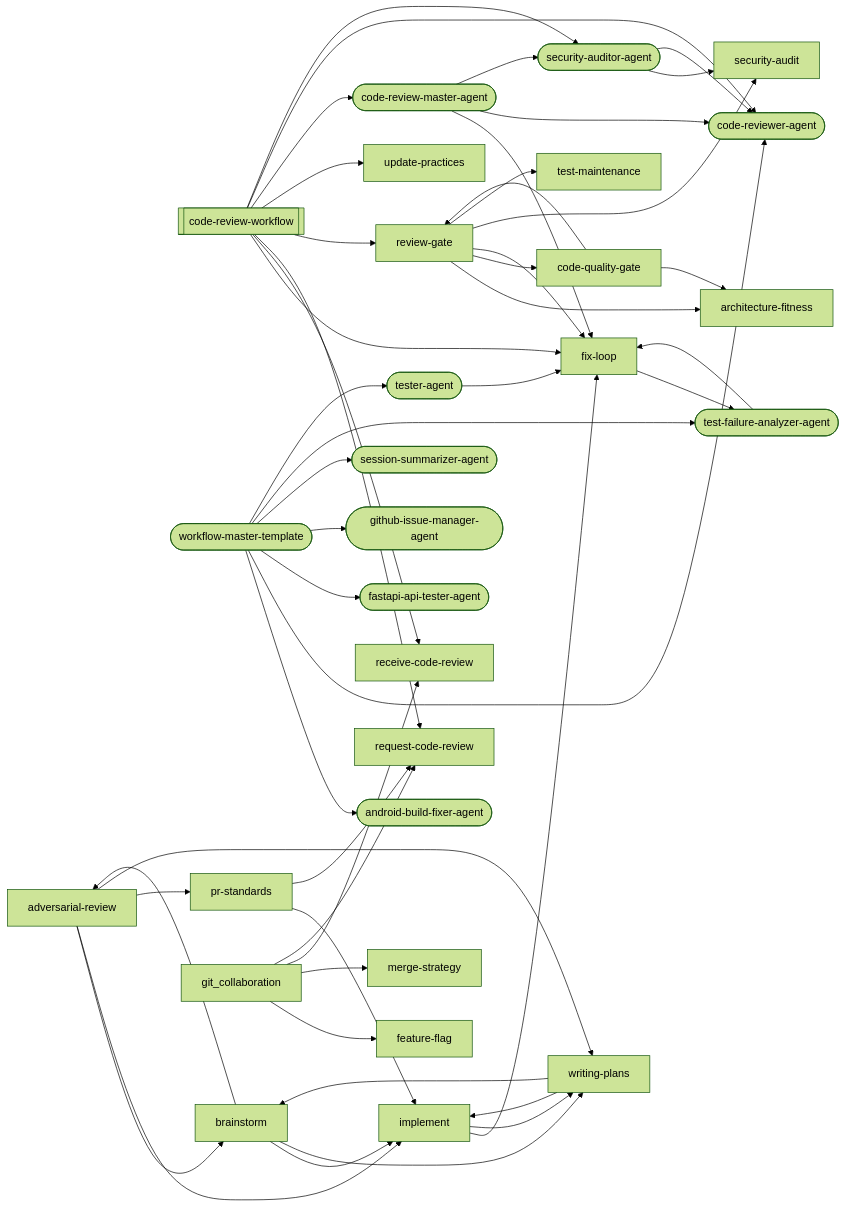
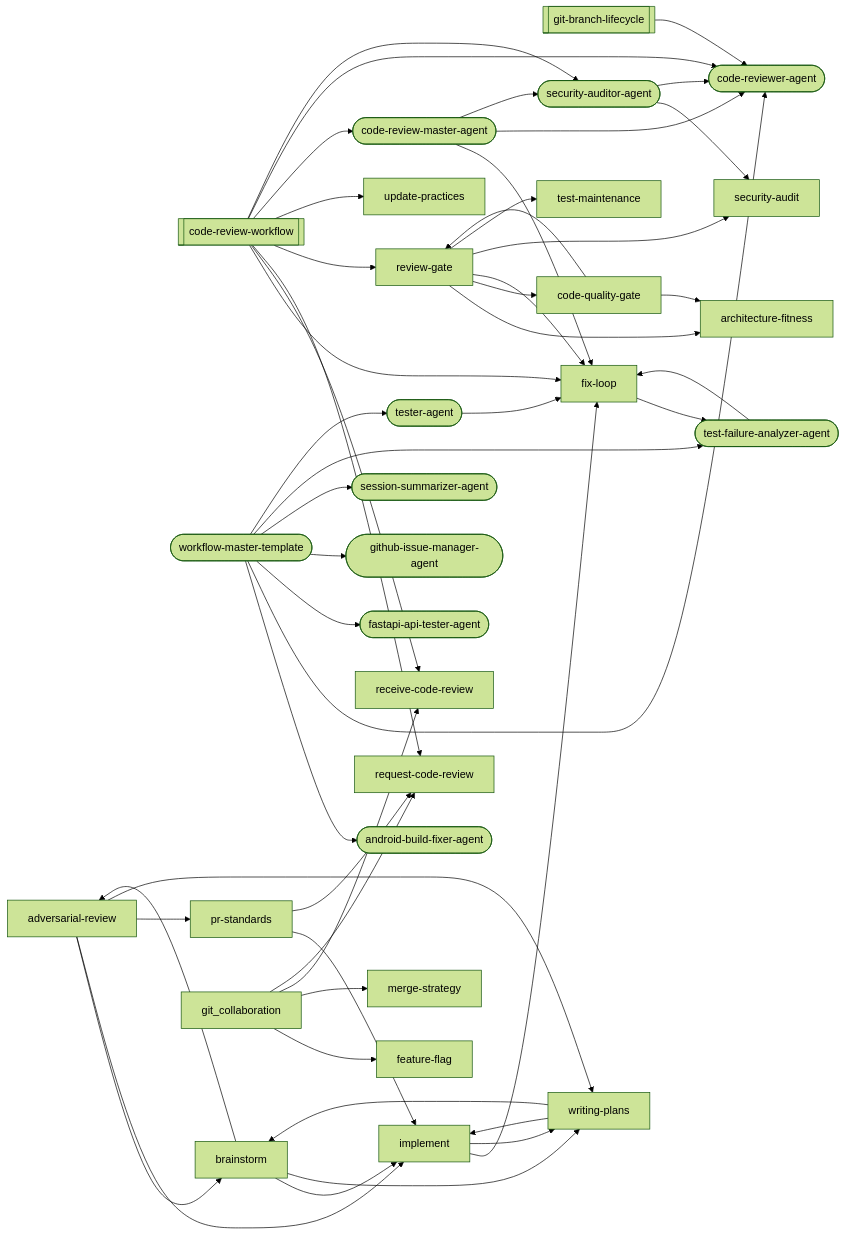
Before and after one commit to abhayla/claude-best-practices: the third of 22 diagrams in docs/workflows/code-review.md, drawn with Mermaid (forest theme). The commit also changed other lines of this file and 23 other files, not shown here.

````diff
--- a/docs/workflows/code-review.md
+++ b/docs/workflows/code-review.md
@@ -540,77 +557,79 @@
 ```mermaid
 graph LR
     code_review_workflow[["code-review-workflow"]]
+    git_branch_lifecycle[["git-branch-lifecycle"]]
     workflow_master_template(["workflow-master-template"])
     adversarial_review["adversarial-review"]
     android_build_fixer_agent(["android-build-fixer-agent"])
     architecture_fitness["architecture-fitness"]
     brainstorm["brainstorm"]
     code_quality_gate["code-quality-gate"]
     code_review_master_agent(["code-review-master-agent"])
     code_reviewer_agent(["code-reviewer-agent"])
     fastapi_api_tester_agent(["fastapi-api-tester-agent"])
     feature_flag["feature-flag"]
     fix_loop["fix-loop"]
     github_issue_manager_agent(["github-issue-manager-agent"])
     implement["implement"]
     merge_strategy["merge-strategy"]
     pr_standards["pr-standards"]
     receive_code_review["receive-code-review"]
     request_code_review["request-code-review"]
     review_gate["review-gate"]
     security_audit["security-audit"]
     security_auditor_agent(["security-auditor-agent"])
     session_summarizer_agent(["session-summarizer-agent"])
     test_failure_analyzer_agent(["test-failure-analyzer-agent"])
     test_maintenance["test-maintenance"]
     tester_agent(["tester-agent"])
     update_practices["update-practices"]
     writing_plans["writing-plans"]
     adversarial_review --> brainstorm
     adversarial_review --> implement
     adversarial_review --> pr_standards
     adversarial_review --> writing_plans
     brainstorm --> adversarial_review
     brainstorm --> implement
     brainstorm --> writing_plans
     code_quality_gate --> architecture_fitness
     code_quality_gate --> review_gate
     code_review_workflow --> fix_loop
     code_review_workflow --> receive_code_review
     code_review_workflow --> request_code_review
     code_review_workflow --> review_gate
     code_review_workflow --> update_practices
     code_review_workflow --> code_review_master_agent
     code_review_workflow --> code_reviewer_agent
     code_review_workflow --> security_auditor_agent
     fix_loop --> test_failure_analyzer_agent
+    git_branch_lifecycle --> code_reviewer_agent
     implement --> fix_loop
     implement --> writing_plans
     pr_standards --> implement
     pr_standards --> request_code_review
     review_gate --> architecture_fitness
     review_gate --> code_quality_gate
     review_gate --> fix_loop
     review_gate --> security_audit
     review_gate --> test_maintenance
     writing_plans --> brainstorm
     writing_plans --> implement
     code_review_master_agent --> fix_loop
     code_review_master_agent --> code_reviewer_agent
     code_review_master_agent --> security_auditor_agent
     security_auditor_agent --> security_audit
     security_auditor_agent --> code_reviewer_agent
     test_failure_analyzer_agent --> fix_loop
     tester_agent --> fix_loop
     workflow_master_template --> android_build_fixer_agent
     workflow_master_template --> code_reviewer_agent
     workflow_master_template --> fastapi_api_tester_agent
     workflow_master_template --> github_issue_manager_agent
     workflow_master_template --> session_summarizer_agent
     workflow_master_template --> test_failure_analyzer_agent
     workflow_master_template --> tester_agent
     git_collaboration --> feature_flag
     git_collaboration --> merge_strategy
     git_collaboration --> receive_code_review
     git_collaboration --> request_code_review
 ```
````
